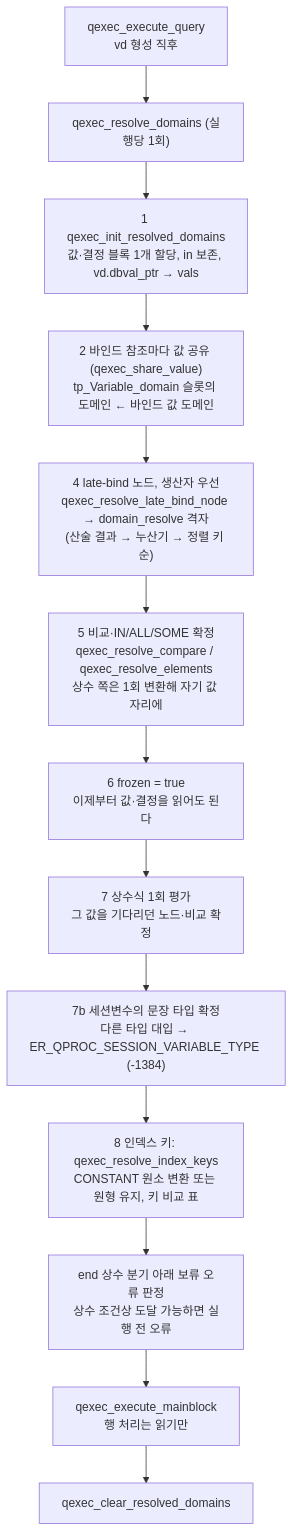
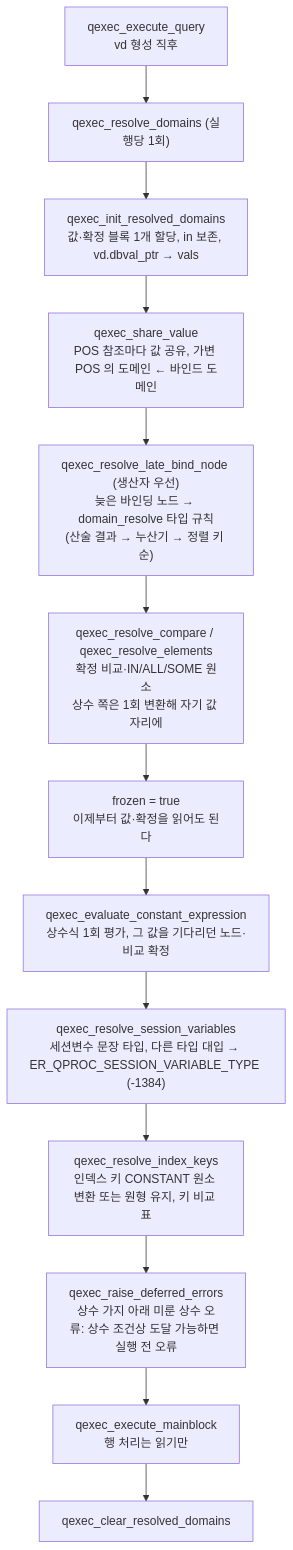
The eighth of 20 diagrams in docs/research/pr8022-architecture-diagrams.md (xmilex-git/workspace), drawn with Mermaid before and after one commit. The commit also changed other lines of this file, not shown here.

First line of the commit message:
docs: PR 8022 diagrams in the CONTEXT.md vocabulary

````diff
--- a/docs/research/pr8022-architecture-diagrams.md
+++ b/docs/research/pr8022-architecture-diagrams.md
@@ -210,15 +210,15 @@
 ```mermaid
 flowchart TB
   Q["qexec_execute_query<br/>vd 형성 직후"] --> G0["qexec_resolve_domains (실행당 1회)"]
-  G0 --> S1["1 qexec_init_resolved_domains<br/>값·결정 블록 1개 할당, in 보존, vd.dbval_ptr → vals"]
-  S1 --> S2["2 바인드 참조마다 값 공유 (qexec_share_value)<br/>tp_Variable_domain 슬롯의 도메인 ← 바인드 값 도메인"]
-  S2 --> S4["4 late-bind 노드, 생산자 우선<br/>qexec_resolve_late_bind_node → domain_resolve 격자<br/>(산술 결과 → 누산기 → 정렬 키 순)"]
-  S4 --> S5["5 비교·IN/ALL/SOME 확정<br/>qexec_resolve_compare / qexec_resolve_elements<br/>상수 쪽은 1회 변환해 자기 값 자리에"]
-  S5 --> S6["6 frozen = true<br/>이제부터 값·결정을 읽어도 된다"]
-  S6 --> S7["7 상수식 1회 평가<br/>그 값을 기다리던 노드·비교 확정"]
-  S7 --> S7b["7b 세션변수의 문장 타입 확정<br/>다른 타입 대입 → ER_QPROC_SESSION_VARIABLE_TYPE (-1384)"]
-  S7b --> S8["8 인덱스 키: qexec_resolve_index_keys<br/>CONSTANT 원소 변환 또는 원형 유지, 키 비교 표"]
-  S8 --> SE["end 상수 분기 아래 보류 오류 판정<br/>상수 조건상 도달 가능하면 실행 전 오류"]
+  G0 --> S1["qexec_init_resolved_domains<br/>값·확정 블록 1개 할당, in 보존, vd.dbval_ptr → vals"]
+  S1 --> S2["qexec_share_value<br/>POS 참조마다 값 공유, 가변 POS 의 도메인 ← 바인드 도메인"]
+  S2 --> S4["qexec_resolve_late_bind_node (생산자 우선)<br/>늦은 바인딩 노드 → domain_resolve 타입 규칙<br/>(산술 결과 → 누산기 → 정렬 키 순)"]
+  S4 --> S5["qexec_resolve_compare / qexec_resolve_elements<br/>확정 비교·IN/ALL/SOME 원소<br/>상수 쪽은 1회 변환해 자기 값 자리에"]
+  S5 --> S6["frozen = true<br/>이제부터 값·확정을 읽어도 된다"]
+  S6 --> S7["qexec_evaluate_constant_expression<br/>상수식 1회 평가, 그 값을 기다리던 노드·비교 확정"]
+  S7 --> S7b["qexec_resolve_session_variables<br/>세션변수 문장 타입, 다른 타입 대입 → ER_QPROC_SESSION_VARIABLE_TYPE (-1384)"]
+  S7b --> S8["qexec_resolve_index_keys<br/>인덱스 키 CONSTANT 원소 변환 또는 원형 유지, 키 비교 표"]
+  S8 --> SE["qexec_raise_deferred_errors<br/>상수 가지 아래 미룬 상수 오류: 상수 조건상 도달 가능하면 실행 전 오류"]
   SE --> M["qexec_execute_mainblock<br/>행 처리는 읽기만"]
   M --> END["qexec_clear_resolved_domains"]
 ```
````
